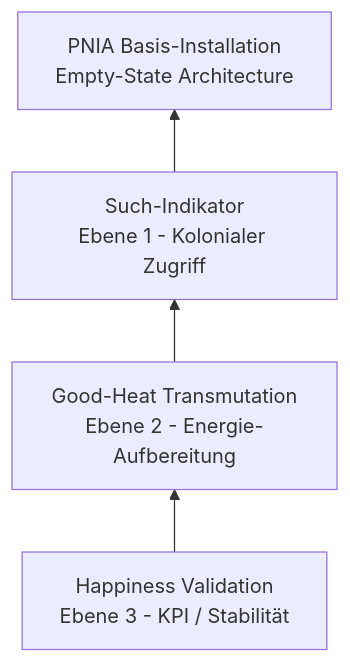
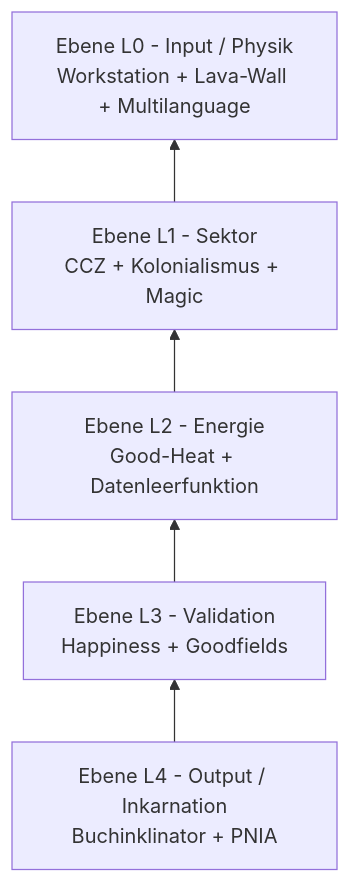
Before and after one commit to STarLighTsMoveMenTs/NTT-DATA---Concept-from-Japan-2-Vatican-2-BI---Transformation-from-DT.: the third of 4 diagrams in README.md, drawn with Mermaid. The commit also changed other lines of this file, not shown here.

````diff
--- a/README.md
+++ b/README.md
@@ -67,7 +107,8 @@
 ```mermaid
 graph BT
-  E3[Happiness Validation<br>Ebene 3 - KPI / Stabilität] --> E2
-  E2[Good-Heat Transmutation<br>Ebene 2 - Energie-Aufbereitung] --> E1
-  E1[Such-Indikator<br>Ebene 1 - Kolonialer Zugriff] --> E0
-  E0[PNIA Basis-Installation<br>Empty-State Architecture]
+  L4[Ebene L4 - Output / Inkarnation<br>Buchinklinator + PNIA] --> L3
+  L3[Ebene L3 - Validation<br>Happiness + Goodfields] --> L2
+  L2[Ebene L2 - Energie<br>Good-Heat + Datenleerfunktion] --> L1
+  L1[Ebene L1 - Sektor<br>CCZ + Kolonialismus + Magic] --> L0
+  L0[Ebene L0 - Input / Physik<br>Workstation + Lava-Wall + Multilanguage]
 ```
````
